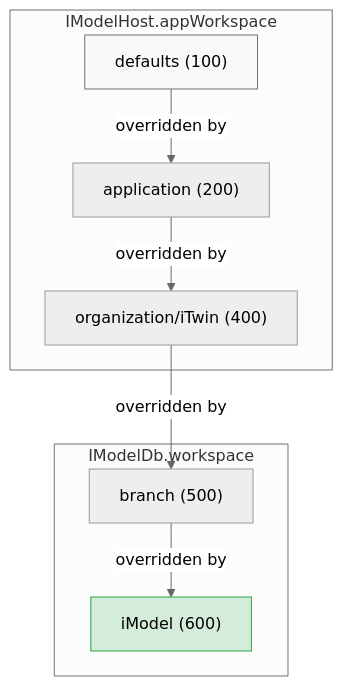
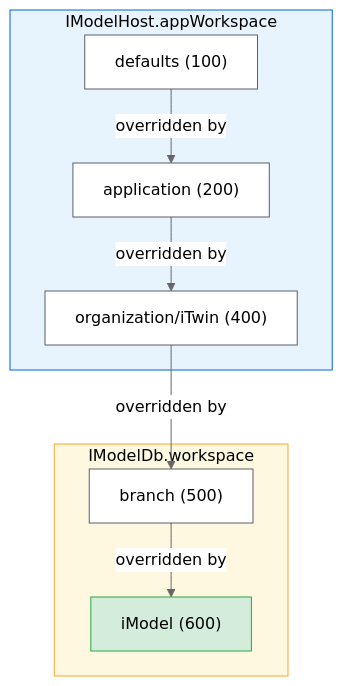
The second of 2 diagrams in docs/learning/backend/WorkspacesAndSettings.md (iTwin/itwinjs-core), drawn with Mermaid (neutral theme) before and after one commit. The commit also changed other lines of this file and 1 other file, not shown here.

````diff
--- a/docs/learning/backend/WorkspacesAndSettings.md
+++ b/docs/learning/backend/WorkspacesAndSettings.md
@@ -67,21 +67,26 @@
 ```mermaid
 graph TD
     subgraph AppWorkspace["IModelHost.appWorkspace"]
         D["defaults (100)"]
         A["application (200)"]
         O["organization/iTwin (400)"]
     end
 
     subgraph IModelWorkspace["IModelDb.workspace"]
         B["branch (500)"]
         M["iModel (600)"]
     end
 
     D -->|"overridden by"| A
     A -->|"overridden by"| O
     O -->|"overridden by"| B
     B -->|"overridden by"| M
 
-    style M fill:#d4edda,stroke:#28a745
-    style D fill:#f8f9fa,stroke:#6c757d
+    style AppWorkspace fill:#e8f4fd,stroke:#0366d6,color:#000
+    style IModelWorkspace fill:#fff8e1,stroke:#f9a825,color:#000
+    style D fill:#ffffff,stroke:#586069,color:#000
+    style A fill:#ffffff,stroke:#586069,color:#000
+    style O fill:#ffffff,stroke:#586069,color:#000
+    style B fill:#ffffff,stroke:#586069,color:#000
+    style M fill:#d4edda,stroke:#28a745,color:#000
 ```
````
